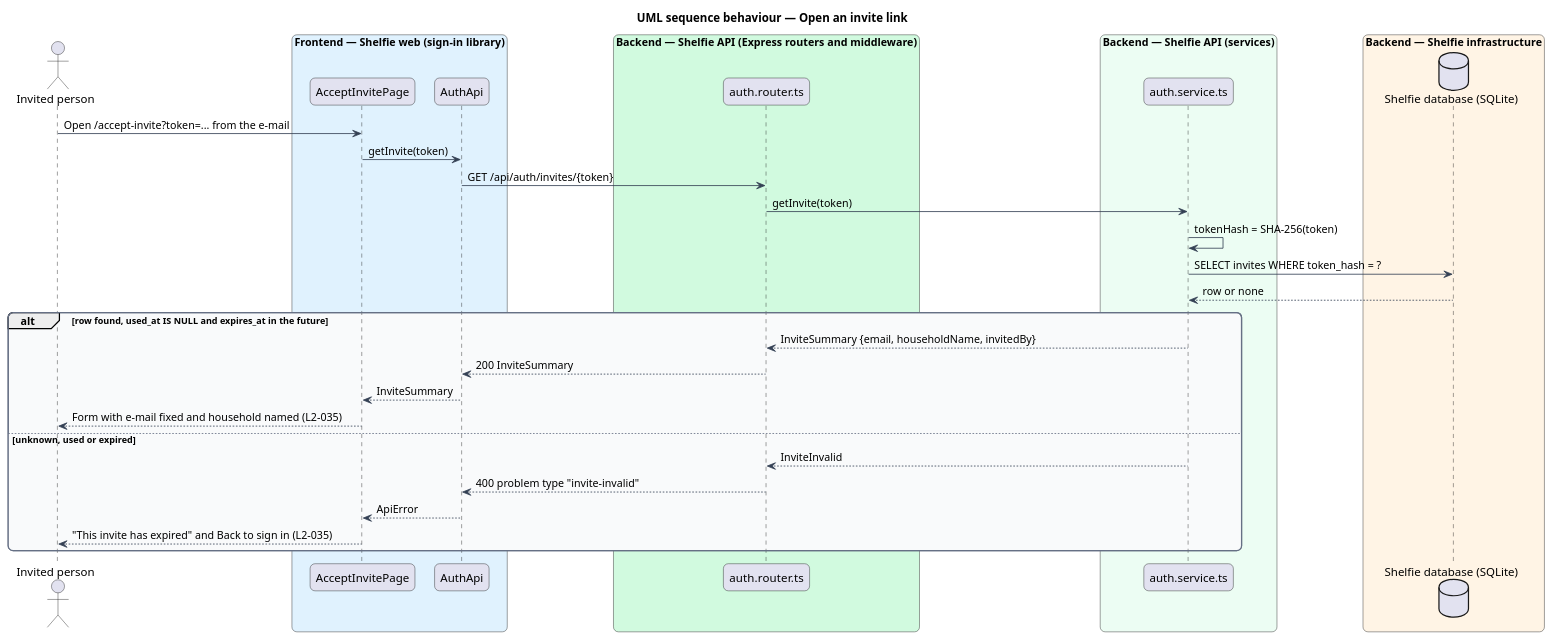
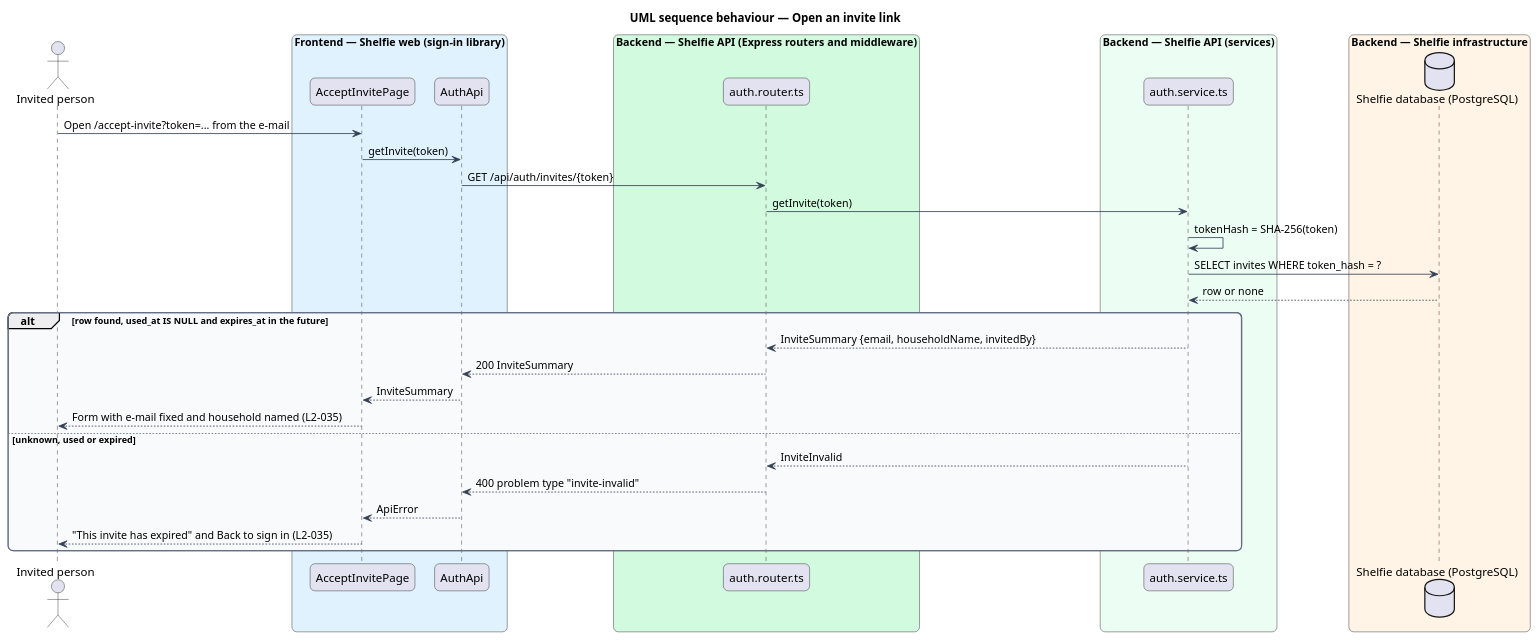
Before and after one commit to QuinntyneBrown/shelfie: the diagram in docs/detailed-designs/sign-in/accept-invite/diagrams/sequence-open-invite.puml, drawn with PlantUML. The commit also changed 222 other files, not shown here.

First line of the commit message:
Require a managed PostgreSQL database and data protection for a public Shelfie

```diff
--- a/docs/detailed-designs/sign-in/accept-invite/diagrams/sequence-open-invite.puml
+++ b/docs/detailed-designs/sign-in/accept-invite/diagrams/sequence-open-invite.puml
@@ -1,50 +1,50 @@
 @startuml
 title UML sequence behaviour — Open an invite link
 skinparam backgroundColor #FFFFFF
 skinparam shadowing false
 skinparam roundcorner 12
 skinparam defaultFontName Arial
 skinparam ArrowColor #344054
 skinparam rectangle {
   BorderColor #344054
   FontColor #101828
 }
 skinparam package {
   BorderColor #667085
   FontColor #101828
   BackgroundColor #F9FAFB
 }
 actor "Invited person" as invitee
 box "Frontend — Shelfie web (sign-in library)" #E0F2FE
   participant "AcceptInvitePage" as page
   participant "AuthApi" as client
 end box
 box "Backend — Shelfie API (Express routers and middleware)" #D1FADF
   participant "auth.router.ts" as router
 end box
 box "Backend — Shelfie API (services)" #ECFDF3
   participant "auth.service.ts" as service
 end box
 box "Backend — Shelfie infrastructure" #FFF4E5
-  database "Shelfie database (SQLite)" as db
+  database "Shelfie database (PostgreSQL)" as db
 end box
 
 invitee -> page : Open /accept-invite?token=... from the e-mail
 page -> client : getInvite(token)
 client -> router : GET /api/auth/invites/{token}
 router -> service : getInvite(token)
 service -> service : tokenHash = SHA-256(token)
 service -> db : SELECT invites WHERE token_hash = ?
 db --> service : row or none
 alt row found, used_at IS NULL and expires_at in the future
   service --> router : InviteSummary {email, householdName, invitedBy}
   router --> client : 200 InviteSummary
   client --> page : InviteSummary
   page --> invitee : Form with e-mail fixed and household named (L2-035)
 else unknown, used or expired
   service --> router : InviteInvalid
   router --> client : 400 problem type "invite-invalid"
   client --> page : ApiError
   page --> invitee : "This invite has expired" and Back to sign in (L2-035)
 end
 @enduml
```
